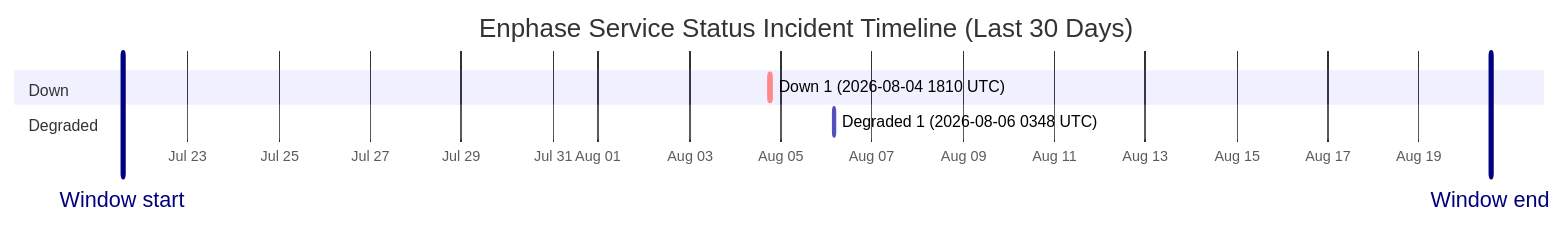
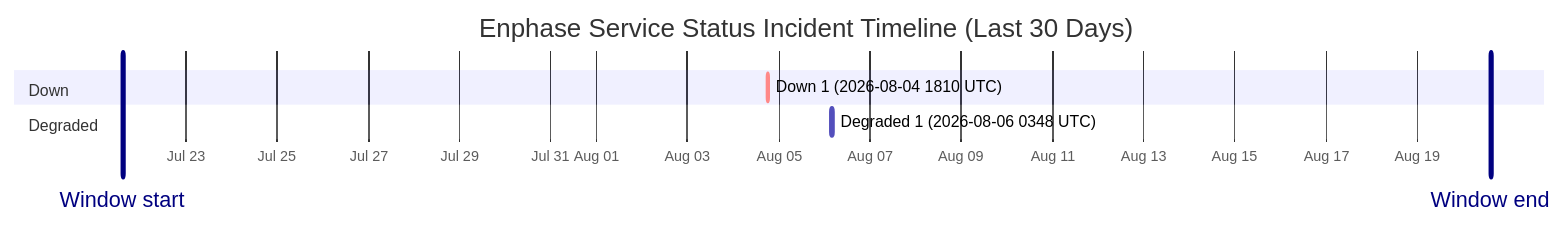
Before and after one commit to barneyonline/ha-enphase-energy: the diagram in wiki/Service-Status-History.md, drawn with Mermaid. The commit also changed other lines of this file and 3 other files, not shown here.

````diff
--- a/wiki/Service-Status-History.md
+++ b/wiki/Service-Status-History.md
@@ -14,12 +14,12 @@
 ```mermaid
 gantt
     title Enphase Service Status Incident Timeline (Last 30 Days)
     dateFormat  YYYY-MM-DDTHH:mm:ss
     axisFormat  %b %d
-    Window start :vert, window-start, 2026-07-21T13:43:40, 0ms
-    Window end :vert, window-end, 2026-08-20T13:43:40, 0ms
+    Window start :vert, window-start, 2026-07-21T14:33:50, 0ms
+    Window end :vert, window-end, 2026-08-20T14:33:50, 0ms
     section Down
     Down 1 (2026-08-04 1810 UTC) :crit, down-1, 2026-08-04T18:10:46, 60m
     section Degraded
     Degraded 1 (2026-08-06 0348 UTC) :active, degraded-1, 2026-08-06T03:48:14, 60m
 ```
````
